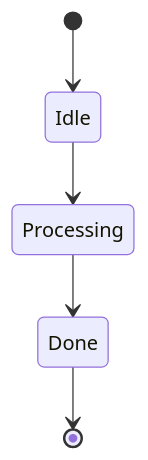
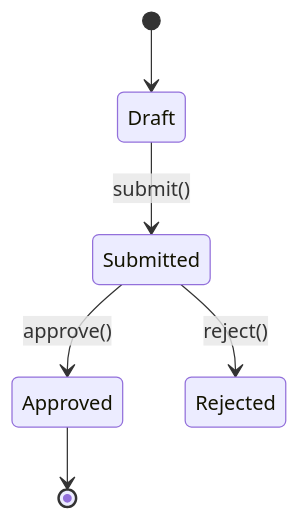
One commit to sanurb/skills changed the fifth of 5 diagrams in mermaid/SKILL.md. Above: the diagram before and after it, drawn with Mermaid. The commit also changed other lines of this file and 27 other files, not shown here.

````diff
--- a/mermaid/SKILL.md
+++ b/mermaid/SKILL.md
@@ -69,7 +103,8 @@
 ```mermaid
 stateDiagram-v2
-  [*] --> Idle
-  Idle --> Processing
-  Processing --> Done
-  Done --> [*]
+    [*] --> Draft
+    Draft --> Submitted : submit()
+    Submitted --> Approved : approve()
+    Submitted --> Rejected : reject()
+    Approved --> [*]
 ```
````
